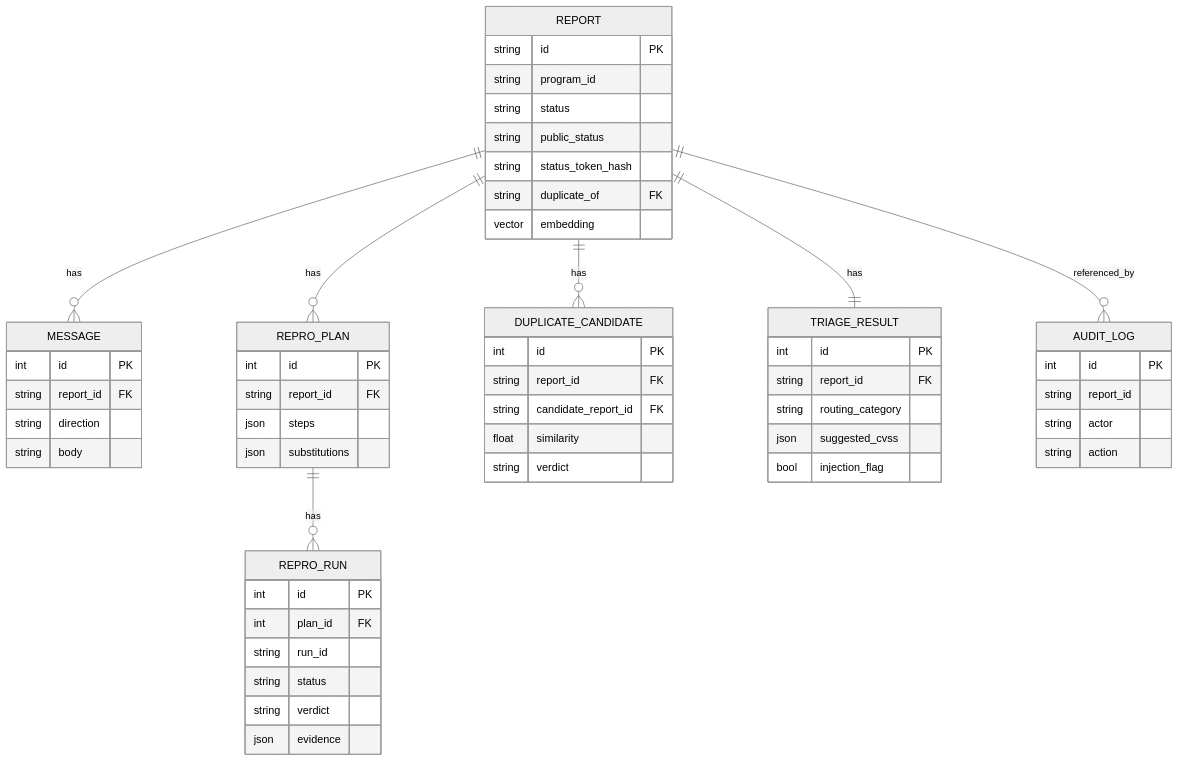
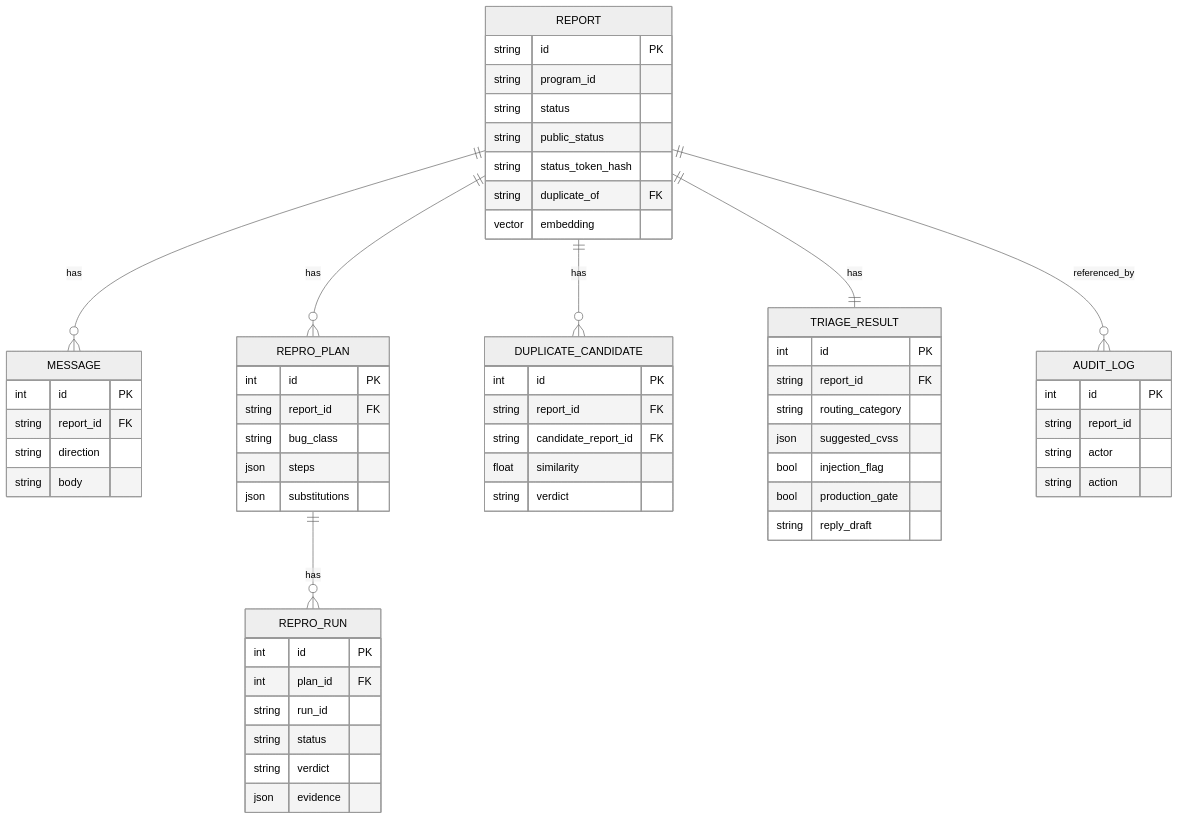
Before and after one commit to sekawansec/DeSlop: the third of 4 diagrams in docs/architecture.md, drawn with Mermaid (neutral theme). The commit also changed other lines of this file and 57 other files, not shown here.

````diff
--- a/docs/architecture.md
+++ b/docs/architecture.md
@@ -46,59 +46,62 @@
 ```mermaid
 erDiagram
     REPORT ||--o{ MESSAGE : has
     REPORT ||--o{ REPRO_PLAN : has
     REPORT ||--o{ DUPLICATE_CANDIDATE : has
     REPORT ||--|| TRIAGE_RESULT : has
     REPRO_PLAN ||--o{ REPRO_RUN : has
     REPORT ||--o{ AUDIT_LOG : referenced_by
 
     REPORT {
         string id PK
         string program_id
         string status
         string public_status
         string status_token_hash
         string duplicate_of FK
         vector embedding
     }
     MESSAGE {
         int id PK
         string report_id FK
         string direction
         string body
     }
     REPRO_PLAN {
         int id PK
         string report_id FK
+        string bug_class
         json steps
         json substitutions
     }
     REPRO_RUN {
         int id PK
         int plan_id FK
         string run_id
         string status
         string verdict
         json evidence
     }
     DUPLICATE_CANDIDATE {
         int id PK
         string report_id FK
         string candidate_report_id FK
         float similarity
         string verdict
     }
     TRIAGE_RESULT {
         int id PK
         string report_id FK
         string routing_category
         json suggested_cvss
         bool injection_flag
+        bool production_gate
+        string reply_draft
     }
     AUDIT_LOG {
         int id PK
         string report_id
         string actor
         string action
     }
 ```
````
